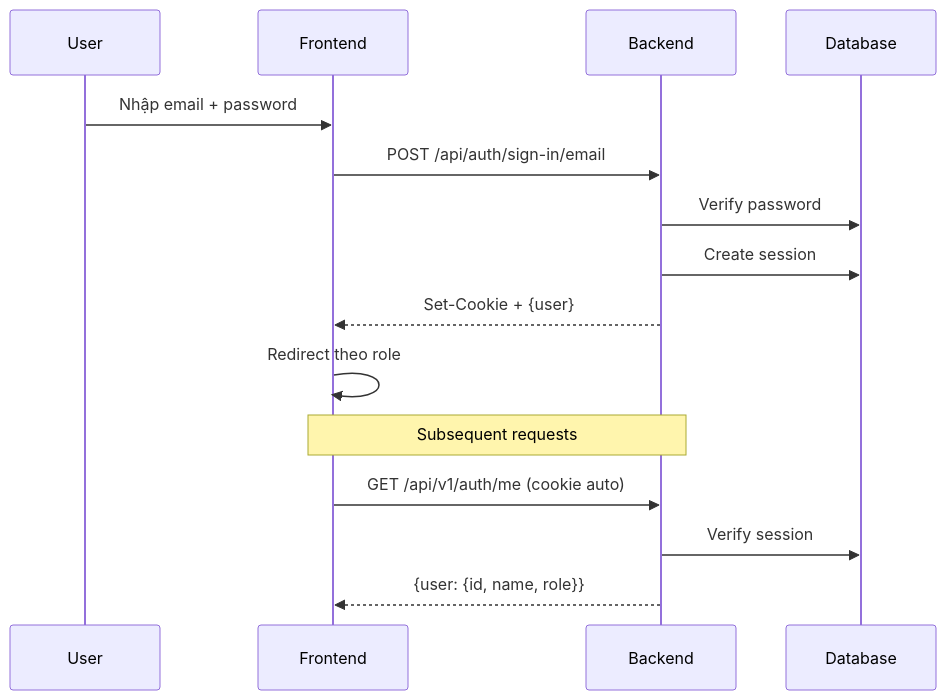
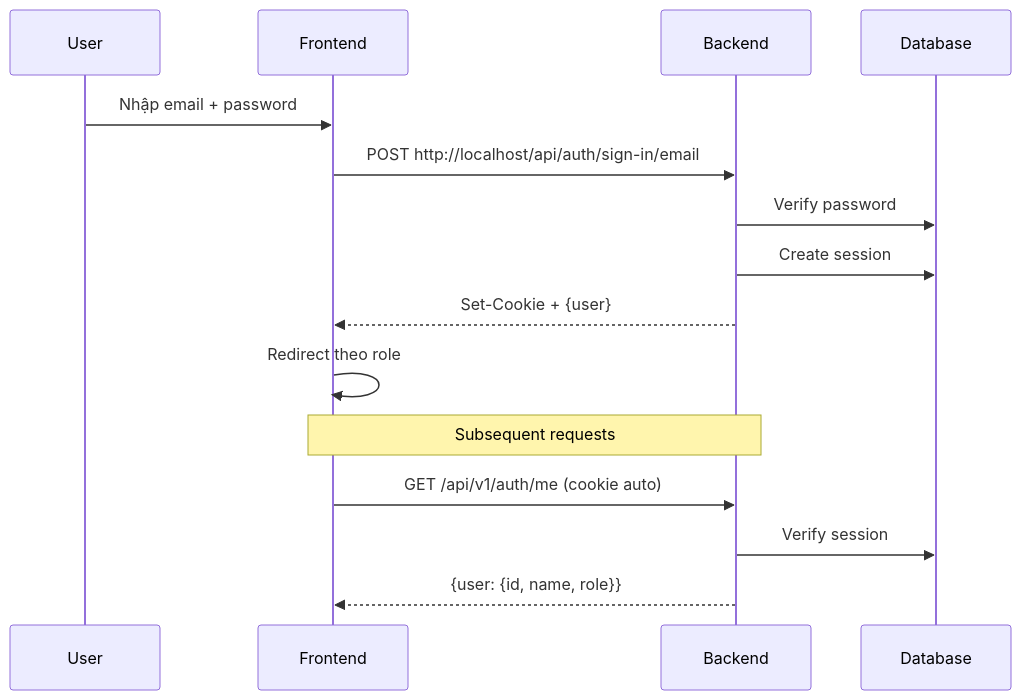
Before and after one commit to Hieuej147/job-PhuQuoc: the second of 28 diagrams in TEAM_FE_DOCUMENT.md, drawn with Mermaid. The commit also changed other lines of this file and 73 other files, not shown here.

````diff
--- a/TEAM_FE_DOCUMENT.md
+++ b/TEAM_FE_DOCUMENT.md
@@ -317,19 +331,19 @@
 ```mermaid
 sequenceDiagram
     participant U as User
     participant FE as Frontend
     participant BE as Backend
     participant DB as Database
 
     U->>FE: Nhập email + password
-    FE->>BE: POST /api/auth/sign-in/email
+    FE->>BE: POST http://localhost/api/auth/sign-in/email
     BE->>DB: Verify password
     BE->>DB: Create session
     BE-->>FE: Set-Cookie + {user}
     FE->>FE: Redirect theo role
 
     Note over FE,BE: Subsequent requests
     FE->>BE: GET /api/v1/auth/me (cookie auto)
     BE->>DB: Verify session
     BE-->>FE: {user: {id, name, role}}
 ```
````
